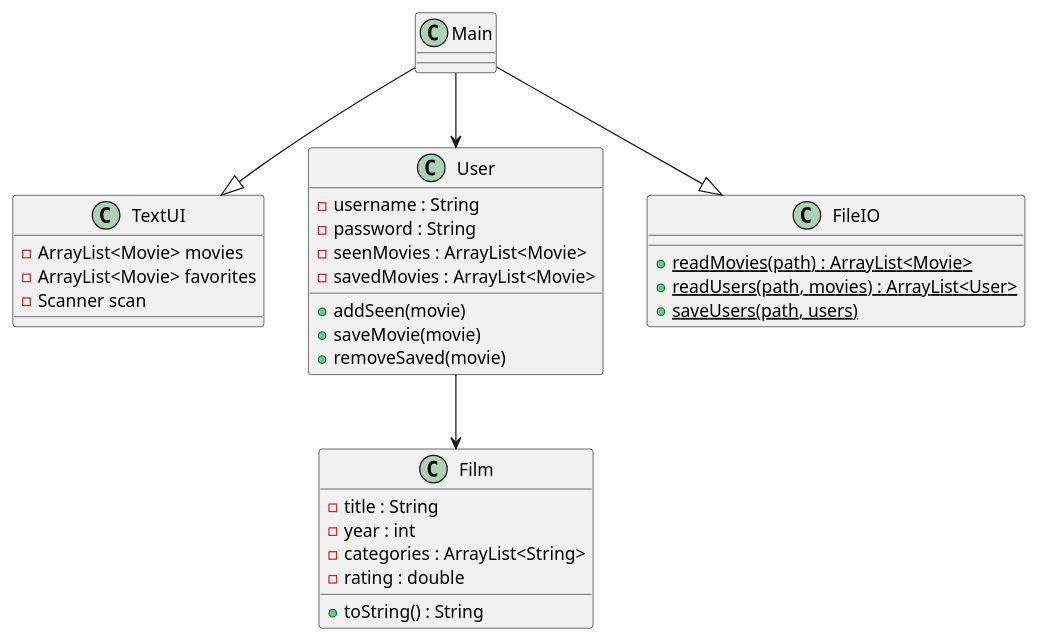
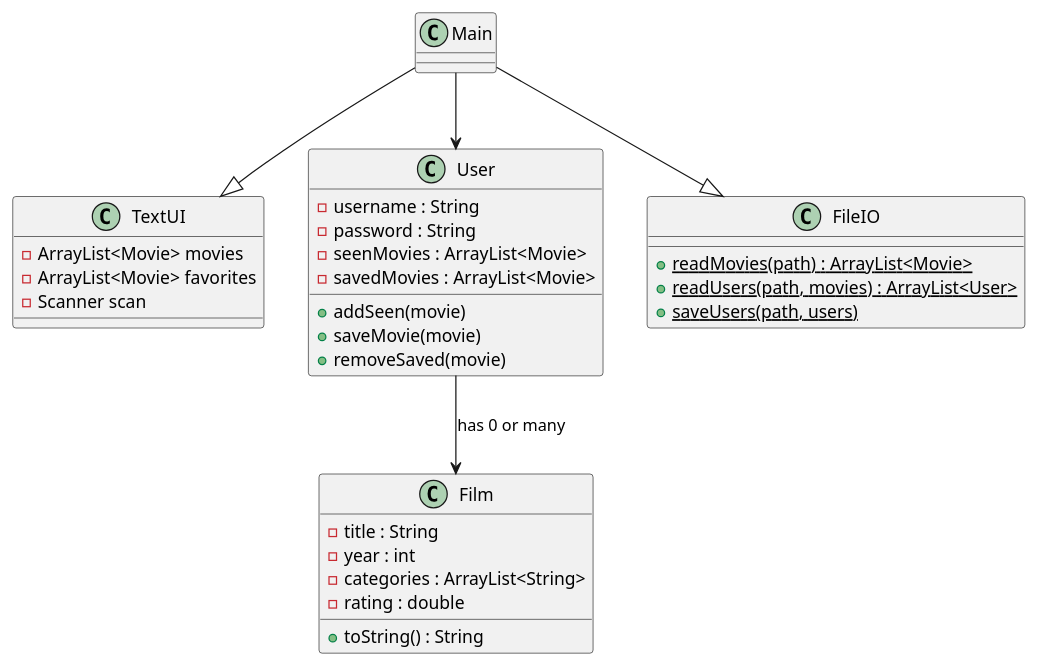
The diagram in diagrams/dynamic/classediagramMini.puml (LauraRaun/Sp3Chill), drawn with PlantUML before and after one commit.

Commit message:
lille ændring på diagrammerne

```diff
--- a/diagrams/dynamic/classediagramMini.puml
+++ b/diagrams/dynamic/classediagramMini.puml
@@ -1,43 +1,43 @@
 @startuml
 'https://plantuml.com/sequence-diagram
 
 
 class Main
 class Film
 class TextUI
 class User
 class FileIO
 
 Main--|>TextUI
 Main--> User
 Main--|>FileIO
-User-->Film
+User-->Film: has 0 or many
 
 class User {
   -username : String
   -password : String
   -seenMovies : ArrayList<Movie>
   -savedMovies : ArrayList<Movie>
   +addSeen(movie)
   +saveMovie(movie)
   +removeSaved(movie)
   }
 class Film {
   -title : String
   -year : int
   -categories : ArrayList<String>
   -rating : double
   +toString() : String
   }
 class TextUI {
 -ArrayList<Movie> movies
 - ArrayList<Movie> favorites
 - Scanner scan
 }
 class FileIO {
   {static} +readMovies(path) : ArrayList<Movie>
   {static} +readUsers(path, movies) : ArrayList<User>
   {static} +saveUsers(path, users)
 }
 
 @enduml
```
